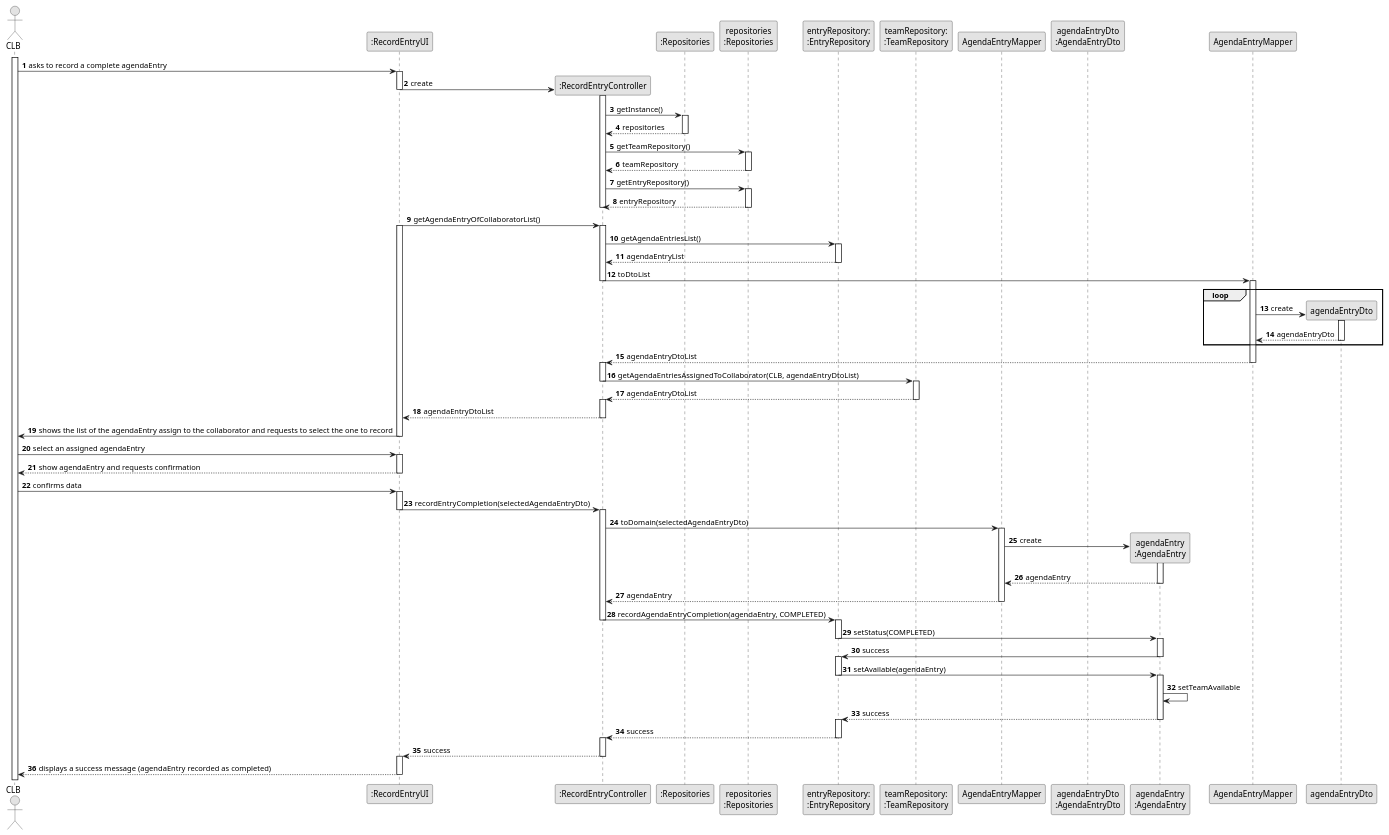
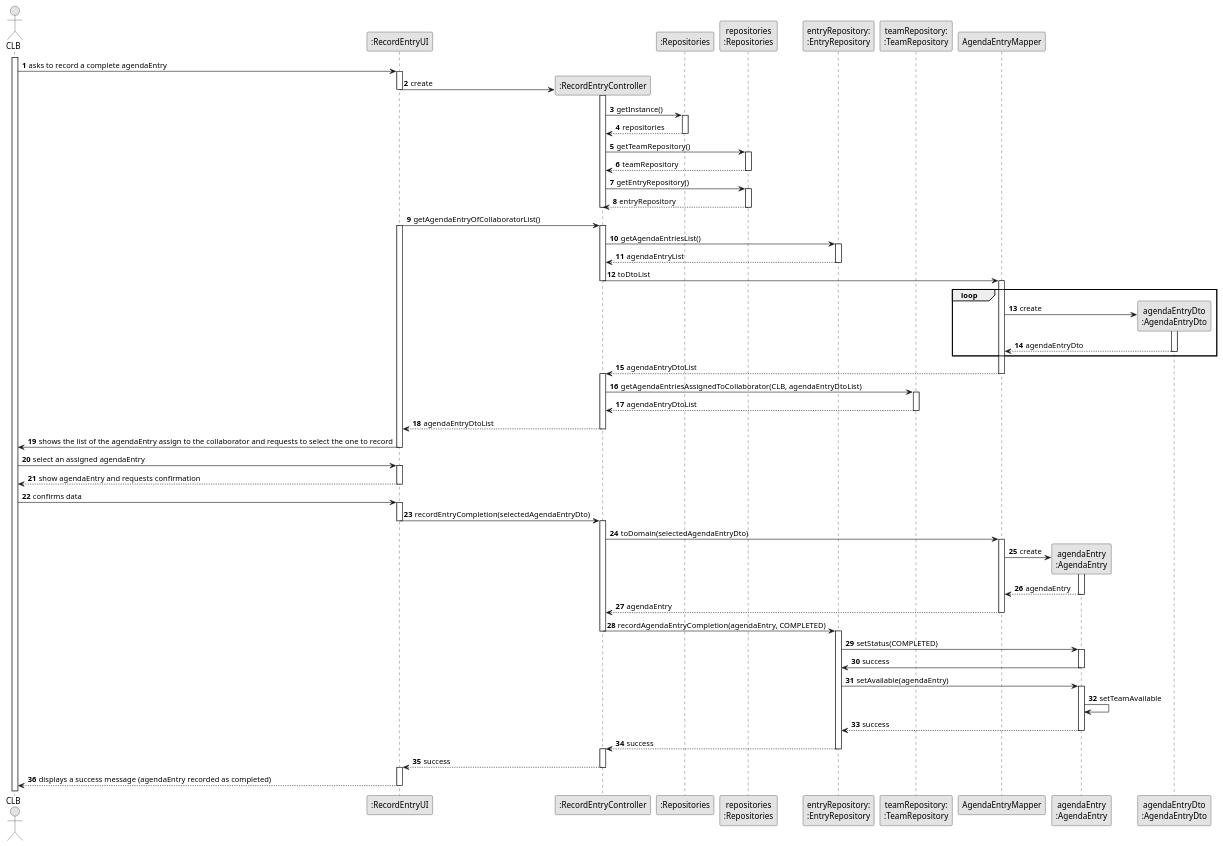
Before and after one commit to ricardomm7/leaflink: the diagram in docs/sprintC/us029/03.design/puml/us029-sequence-diagram-full.puml, drawn with PlantUML. The commit also changed 6 other files, not shown here.

Commit message:
Correct US24 and US29 Sequence Diagram and Readme.md file

```diff
--- a/docs/sprintC/us029/03.design/puml/us029-sequence-diagram-full.puml
+++ b/docs/sprintC/us029/03.design/puml/us029-sequence-diagram-full.puml
@@ -1,152 +1,146 @@
 @startuml
 skinparam monochrome true
 skinparam packageStyle rectangle
 skinparam shadowing false
 
 autonumber
 
 actor "CLB" as CLB
 participant ":RecordEntryUI" as UI
 participant ":RecordEntryController" as CTRL
 participant ":Repositories" as RepositorySingleton
 participant "repositories\n:Repositories" as PLAT
 participant "entryRepository:\n:EntryRepository" as EntryRepo
 participant "teamRepository:\n:TeamRepository" as TeamRepo
 participant "AgendaEntryMapper" as EntryMapper
-participant "agendaEntryDto\n:AgendaEntryDto" as EntryDto
 participant "agendaEntry\n:AgendaEntry" as AgendaEntry
+participant "agendaEntryDto\n:AgendaEntryDto" as agendaEntryDto
 
 
 activate CLB
 
     CLB -> UI : asks to record a complete agendaEntry
     activate UI
 
         UI -> CTRL** : create
         deactivate UI
         activate CTRL
 
             CTRL -> RepositorySingleton: getInstance()
             activate RepositorySingleton
 
                 RepositorySingleton --> CTRL: repositories
             deactivate RepositorySingleton
 
             CTRL -> PLAT : getTeamRepository()
             activate PLAT
 
                 PLAT --> CTRL: teamRepository
             deactivate PLAT
 
             CTRL -> PLAT : getEntryRepository()
             activate PLAT
 
                 PLAT --> CTRL: entryRepository
             deactivate PLAT
 
 
         deactivate CTRL
 
         UI -> CTRL: getAgendaEntryOfCollaboratorList()
         activate UI
         activate CTRL
 
             CTRL -> EntryRepo: getAgendaEntriesList()
             activate EntryRepo
 
             EntryRepo --> CTRL: agendaEntryList
             deactivate EntryRepo
 
-            CTRL -> AgendaEntryMapper: toDtoList
+            CTRL -> EntryMapper: toDtoList
             deactivate CTRL
-            activate AgendaEntryMapper
+            activate EntryMapper
 
             loop
 
-                AgendaEntryMapper -> agendaEntryDto**: create
+                EntryMapper -> agendaEntryDto**: create
                 activate agendaEntryDto
 
-                agendaEntryDto --> AgendaEntryMapper: agendaEntryDto
+                agendaEntryDto --> EntryMapper: agendaEntryDto
                 deactivate agendaEntryDto
 
             end loop
 
-            AgendaEntryMapper --> CTRL: agendaEntryDtoList
-            deactivate AgendaEntryMapper
+            EntryMapper --> CTRL: agendaEntryDtoList
+            deactivate EntryMapper
             activate CTRL
 
             CTRL -> TeamRepo: getAgendaEntriesAssignedToCollaborator(CLB, agendaEntryDtoList)
-            deactivate CTRL
             activate TeamRepo
 
 
                 TeamRepo --> CTRL: agendaEntryDtoList
             deactivate TeamRepo
-        activate CTRL
 
         CTRL --> UI : agendaEntryDtoList
         deactivate CTRL
 
         UI -> CLB : shows the list of the agendaEntry assign to the collaborator and requests to select the one to record
     deactivate UI
 
     CLB -> UI : select an assigned agendaEntry
     activate UI
 
         UI --> CLB : show agendaEntry and requests confirmation
     deactivate UI
 
     CLB -> UI : confirms data
     activate UI
 
         UI -> CTRL : recordEntryCompletion(selectedAgendaEntryDto)
         deactivate UI
         activate CTRL
 
             CTRL -> EntryMapper : toDomain(selectedAgendaEntryDto)
             activate EntryMapper
 
                 EntryMapper -> AgendaEntry** : create
                 activate AgendaEntry
 
                 AgendaEntry --> EntryMapper : agendaEntry
                 deactivate AgendaEntry
 
                 EntryMapper --> CTRL : agendaEntry
             deactivate EntryMapper
 
             CTRL -> EntryRepo : recordAgendaEntryCompletion(agendaEntry, COMPLETED)
             deactivate CTRL
             activate EntryRepo
 
                 EntryRepo -> AgendaEntry : setStatus(COMPLETED)
-                deactivate EntryRepo
                 activate AgendaEntry
 
                 AgendaEntry -> EntryRepo : success
                 deactivate AgendaEntry
-                activate EntryRepo
 
                 EntryRepo -> AgendaEntry : setAvailable(agendaEntry)
-                deactivate EntryRepo
                 activate AgendaEntry
 
                 AgendaEntry -> AgendaEntry : setTeamAvailable
 
                 AgendaEntry --> EntryRepo : success
                 deactivate AgendaEntry
 
-                activate EntryRepo
 
             EntryRepo --> CTRL : success
             deactivate EntryRepo
             activate CTRL
 
             CTRL --> UI : success
         deactivate CTRL
         activate UI
 
         UI --> CLB : displays a success message (agendaEntry recorded as completed)
     deactivate UI
 
 @enduml
```
